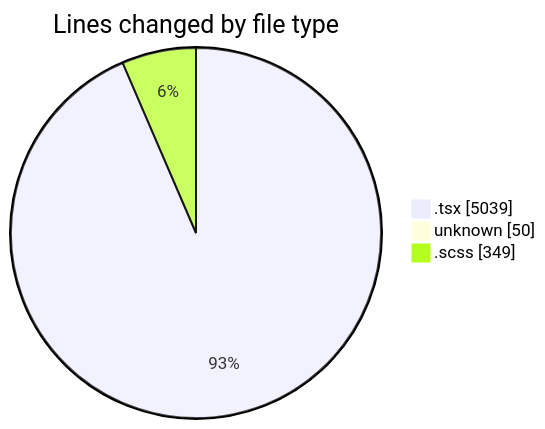
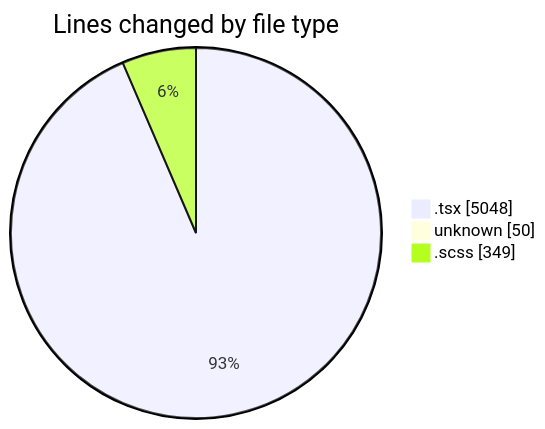
One commit to momahboobian/code-tracking changed the first of 2 diagrams in 2025-12-05/cda/README.md. Above: the diagram before and after it, drawn with Mermaid. The commit also changed other lines of this file and 1 other file, not shown here.

````diff
--- a/2025-12-05/cda/README.md
+++ b/2025-12-05/cda/README.md
@@ -30,7 +30,7 @@
 ```mermaid
 pie showData
 title Lines changed by file type
-".tsx" : 5039
+".tsx" : 5048
 "unknown" : 50
 ".scss" : 349
 ```
````
